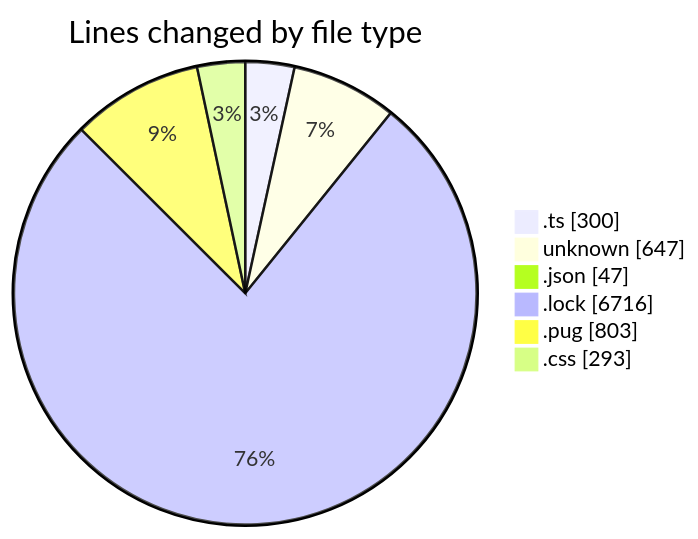
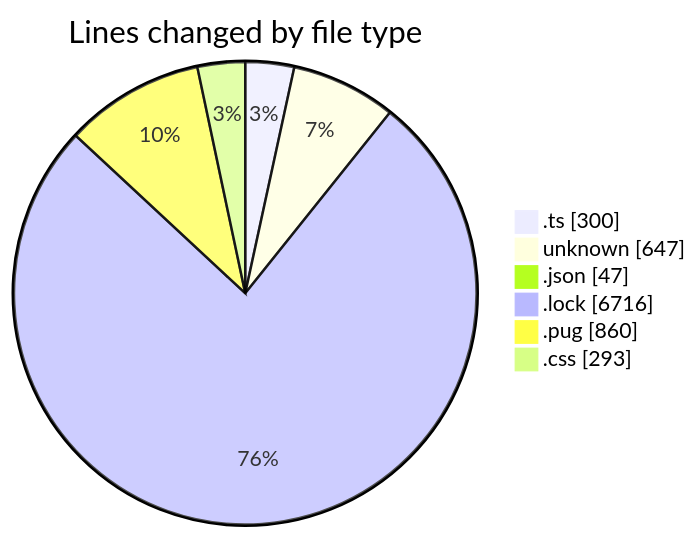
One commit to momahboobian/code-tracking changed the first of 2 diagrams in 2026-05-22/cda/README.md. Above: the diagram before and after it, drawn with Mermaid. The commit also changed other lines of this file and 1 other file, not shown here.

````diff
--- a/2026-05-22/cda/README.md
+++ b/2026-05-22/cda/README.md
@@ -30,10 +30,10 @@
 ```mermaid
 pie showData
 title Lines changed by file type
 ".ts" : 300
 "unknown" : 647
 ".json" : 47
 ".lock" : 6716
-".pug" : 803
+".pug" : 860
 ".css" : 293
 ```
````
